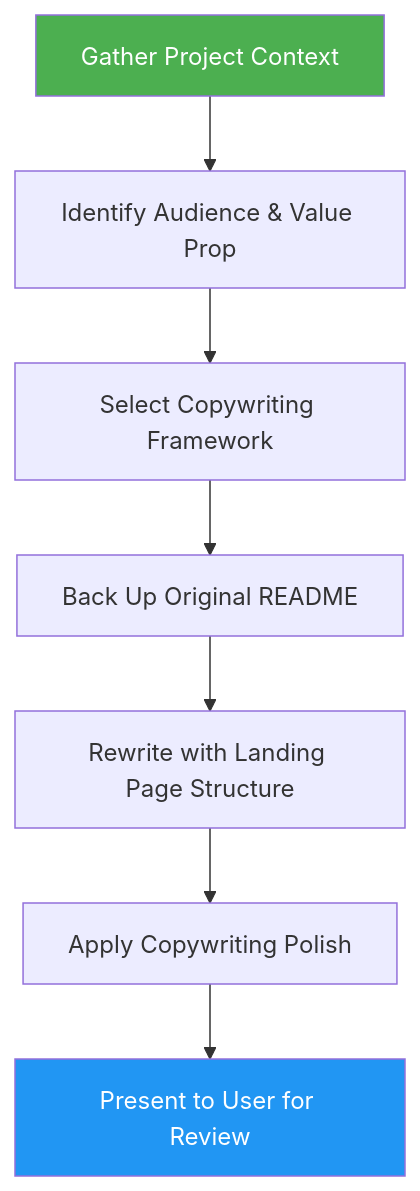
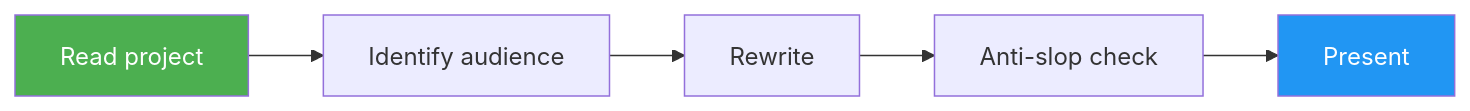
One commit to luongnv89/skills changed the first of 2 diagrams in skills/readme-to-landing-page/README.md. Above: the diagram before and after it, drawn with Mermaid. The commit also changed other lines of this file and 3 other files, not shown here.

First line of the commit message:
feat(readme-to-landing-page): v2.0.0 with copy-paste friendly code blocks

````diff
--- a/skills/readme-to-landing-page/README.md
+++ b/skills/readme-to-landing-page/README.md
@@ -23,11 +23,9 @@
 ```mermaid
-graph TD
-    A["Gather Project Context"] --> B["Identify Audience & Value Prop"]
-    B --> C["Select Copywriting Framework"]
-    C --> D["Back Up Original README"]
-    D --> E["Rewrite with Landing Page Structure"]
-    E --> F["Apply Copywriting Polish"]
-    F --> G["Present to User for Review"]
+graph LR
+    A["Read project"] --> B["Identify audience"]
+    B --> C["Rewrite"]
+    C --> D["Anti-slop check"]
+    D --> E["Present"]
     style A fill:#4CAF50,color:#fff
-    style G fill:#2196F3,color:#fff
+    style E fill:#2196F3,color:#fff
 ```
````
